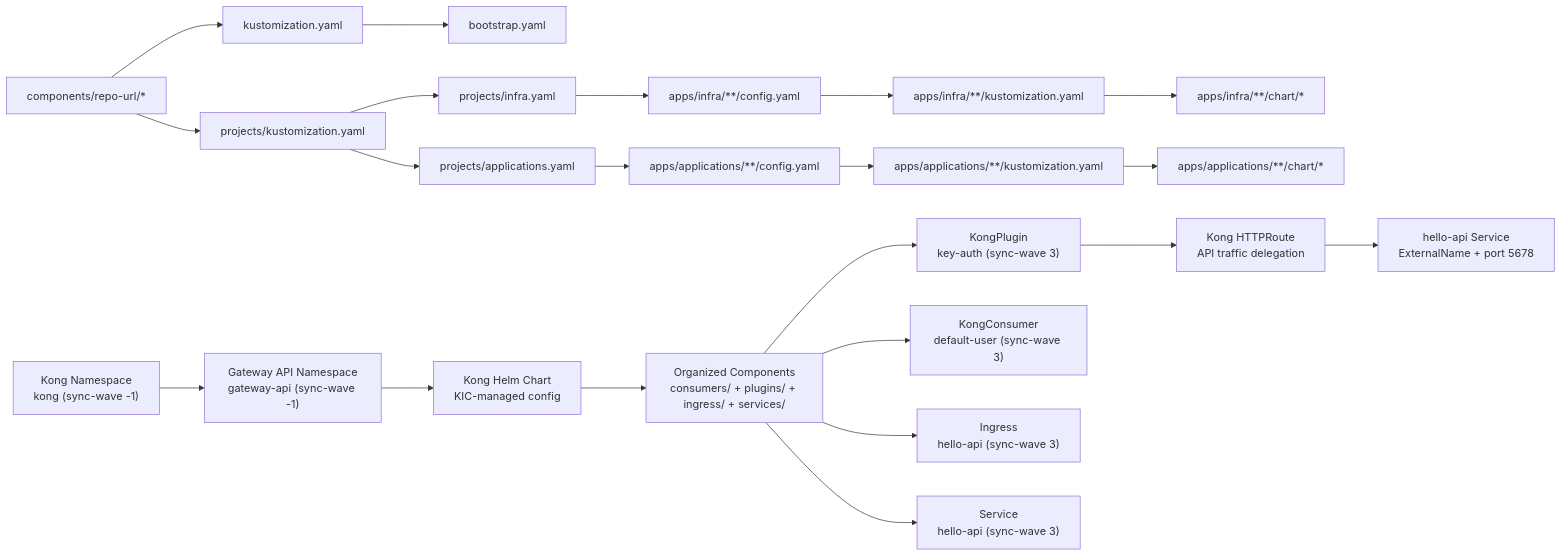
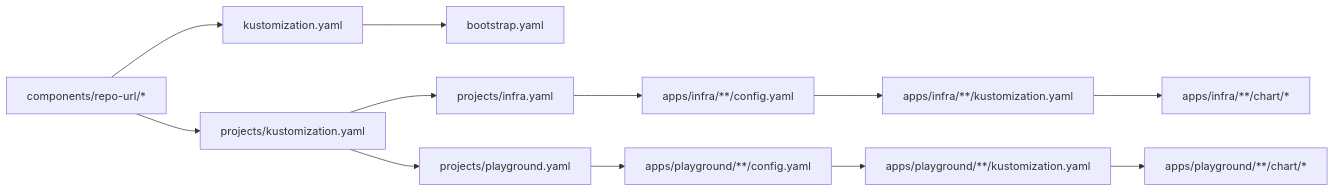
The third of 3 diagrams in .qoder/repowiki/en/content/Application Configuration/Application Configuration.md (Hoangvu75/k8s_manifest), drawn with Mermaid before and after one commit. The commit also changed other lines of this file and 31 other files, not shown here.

````diff
--- a/.qoder/repowiki/en/content/Application Configuration/Application Configuration.md
+++ b/.qoder/repowiki/en/content/Application Configuration/Application Configuration.md
@@ -427,23 +267,14 @@
 ```mermaid
 graph LR
 RepoURL["components/repo-url/*"] --> RootKust["kustomization.yaml"]
 RepoURL --> ProjKust["projects/kustomization.yaml"]
 RootKust --> Bootstrap["bootstrap.yaml"]
 ProjKust --> InfraApps["projects/infra.yaml"]
-ProjKust --> AppApps["projects/applications.yaml"]
+ProjKust --> PlayApps["projects/playground.yaml"]
 InfraApps --> InfraCfg["apps/infra/**/config.yaml"]
-AppApps --> AppCfg["apps/applications/**/config.yaml"]
+PlayApps --> PlayCfg["apps/playground/**/config.yaml"]
 InfraCfg --> InfraKust["apps/infra/**/kustomization.yaml"]
-AppCfg --> AppKust["apps/applications/**/kustomization.yaml"]
+PlayCfg --> PlayKust["apps/playground/**/kustomization.yaml"]
 InfraKust --> InfraChart["apps/infra/**/chart/*"]
-AppKust --> AppChart["apps/applications/**/chart/*"]
-KongNS["Kong Namespace<br/>kong (sync-wave -1)"] --> GatewayNS["Gateway API Namespace<br/>gateway-api (sync-wave -1)"]
-GatewayNS --> KongChart["Kong Helm Chart<br/>KIC-managed config"]
-KongChart --> KongComponents["Organized Components<br/>consumers/ + plugins/ + ingress/ + services/"]
-KongComponents --> KongPlugin["KongPlugin<br/>key-auth (sync-wave 3)"]
-KongComponents --> KongConsumer["KongConsumer<br/>default-user (sync-wave 3)"]
-KongComponents --> IngressRes["Ingress<br/>hello-api (sync-wave 3)"]
-KongComponents --> ServiceRes["Service<br/>hello-api (sync-wave 3)"]
-KongPlugin --> KongHTTPRoute["Kong HTTPRoute<br/>API traffic delegation"]
-KongHTTPRoute --> HelloAPI["hello-api Service<br/>ExternalName + port 5678"]
+PlayKust --> PlayChart["apps/playground/**/chart/*"]
 ```
````
